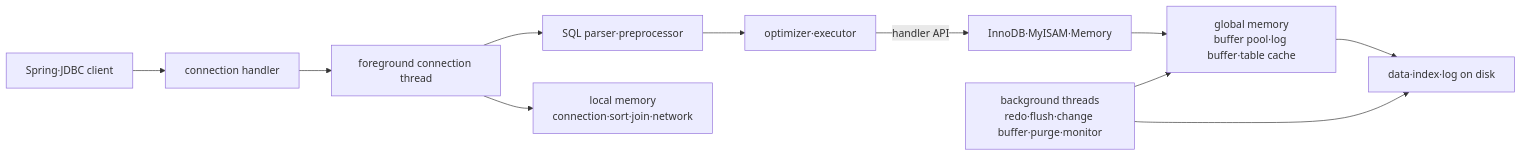
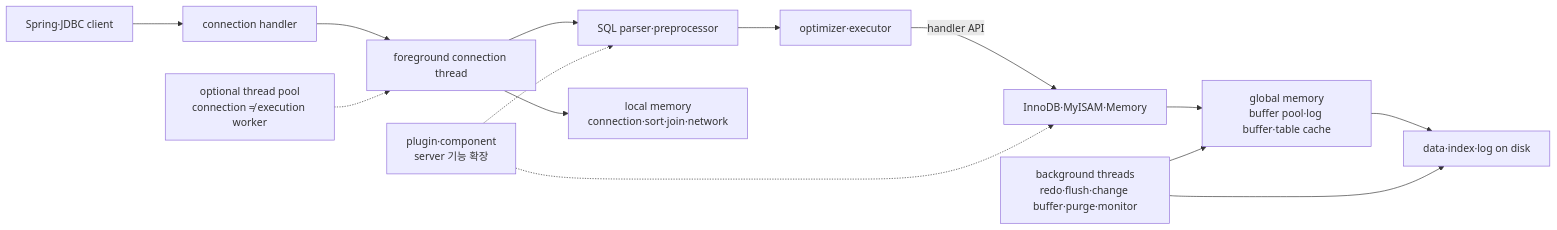
Before and after one commit to Hoya324/study-cs-obsidian: the first of 12 diagrams in 06-sources/reading-notes/real-mysql-8-0-1/04-아키텍쳐/4.1 MySQL 엔진 아키텍쳐.md, drawn with Mermaid. The commit also changed other lines of this file and 2 other files, not shown here.

Commit message:
study: add MySQL execution and thread pool architecture

````diff
--- a/06-sources/reading-notes/real-mysql-8-0-1/04-아키텍쳐/4.1 MySQL 엔진 아키텍쳐.md
+++ b/06-sources/reading-notes/real-mysql-8-0-1/04-아키텍쳐/4.1 MySQL 엔진 아키텍쳐.md
@@ -57,13 +57,16 @@
 ```mermaid
 flowchart LR
     A["Spring·JDBC client"] --> B["connection handler"]
     B --> C["foreground connection thread"]
     C --> D["SQL parser·preprocessor"]
     D --> E["optimizer·executor"]
     E -->|"handler API"| F["InnoDB·MyISAM·Memory"]
+    P["plugin·component<br/>server 기능 확장"] -.-> D
+    P -.-> F
     C --> L["local memory<br/>connection·sort·join·network"]
     F --> G["global memory<br/>buffer pool·log buffer·table cache"]
     G --> H["data·index·log on disk"]
     I["background threads<br/>redo·flush·change buffer·purge·monitor"] --> G
     I --> H
+    TP["optional thread pool<br/>connection ≠ execution worker"] -.-> C
 ```
````
